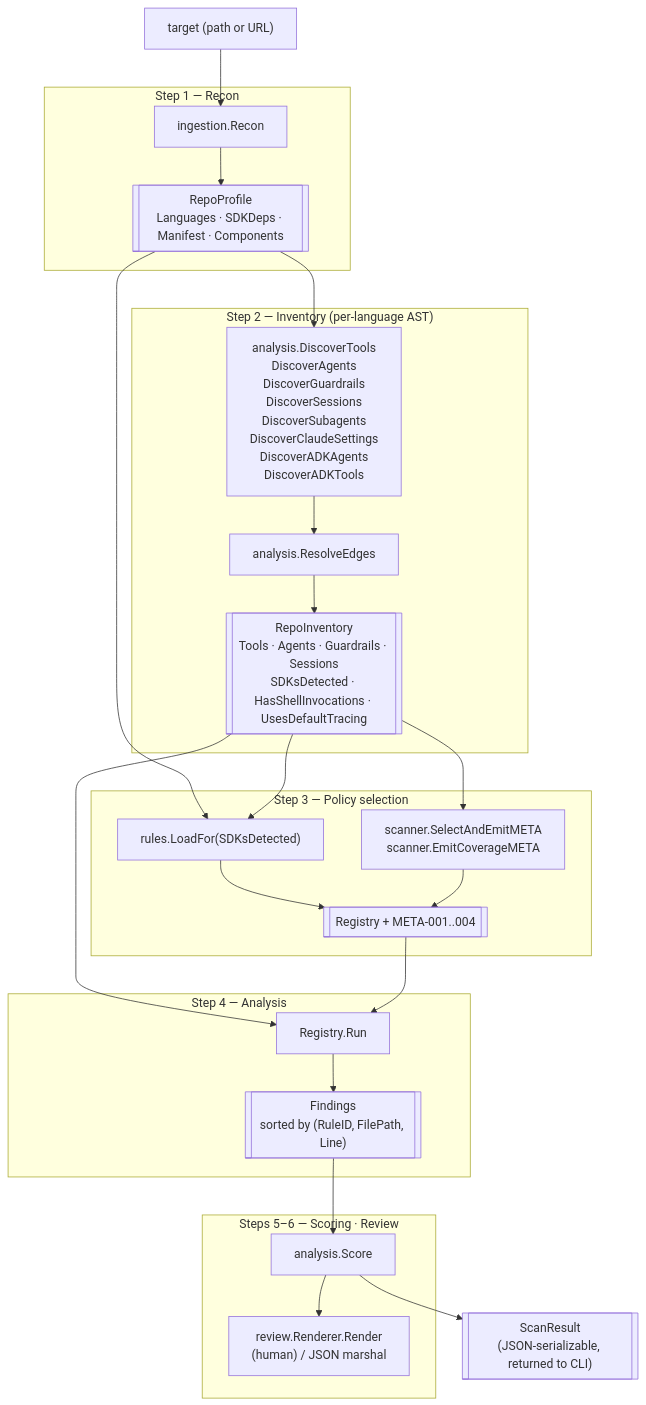
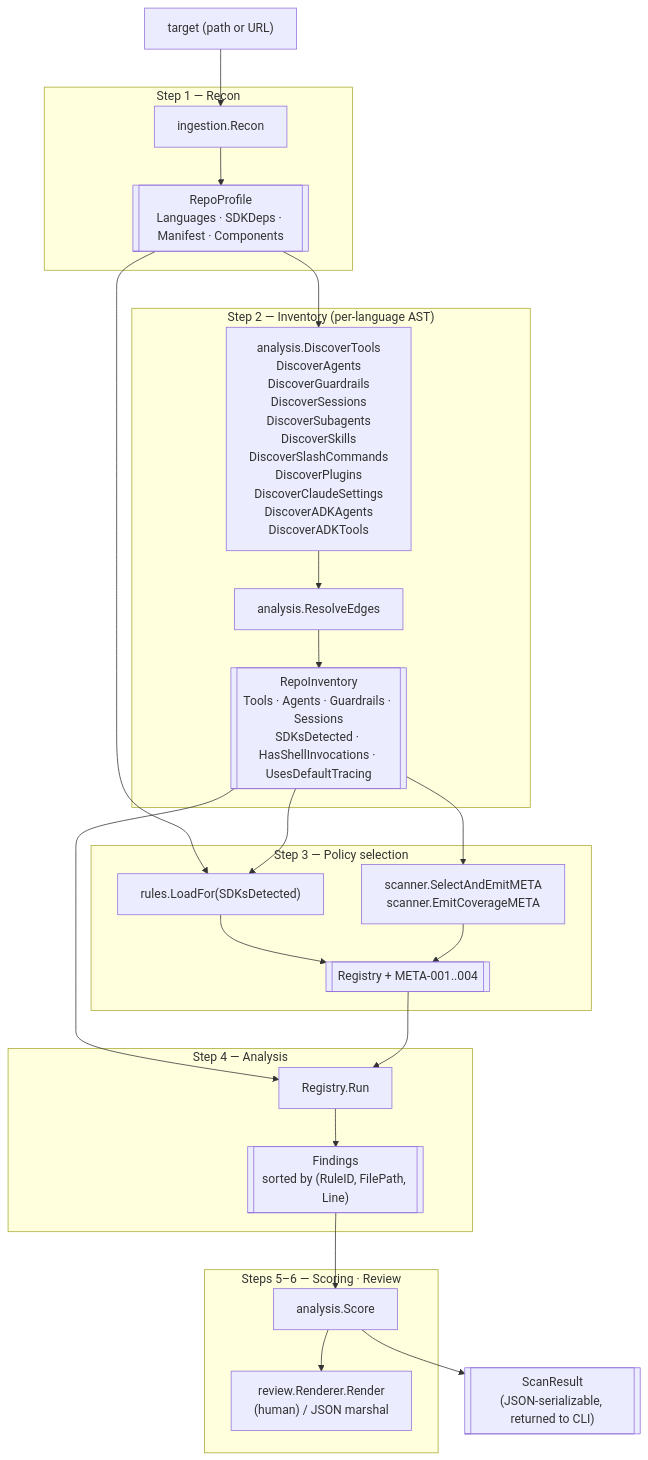
One commit to trustabl/trustabl changed the first of 4 diagrams in ARCHITECTURE.md. Above: the diagram before and after it, drawn with Mermaid. The commit also changed other lines of this file and 2 other files, not shown here.

````diff
--- a/ARCHITECTURE.md
+++ b/ARCHITECTURE.md
@@ -118,49 +118,49 @@
 ```mermaid
 flowchart TD
     target["target (path or URL)"]
 
     subgraph S1["Step 1 — Recon"]
         recon["ingestion.Recon"]
         profile[["RepoProfile<br/>Languages · SDKDeps · Manifest · Components"]]
         recon --> profile
     end
 
     subgraph S2["Step 2 — Inventory (per-language AST)"]
-        disc["analysis.DiscoverTools<br/>DiscoverAgents<br/>DiscoverGuardrails<br/>DiscoverSessions<br/>DiscoverSubagents<br/>DiscoverClaudeSettings<br/>DiscoverADKAgents<br/>DiscoverADKTools"]
+        disc["analysis.DiscoverTools<br/>DiscoverAgents<br/>DiscoverGuardrails<br/>DiscoverSessions<br/>DiscoverSubagents<br/>DiscoverSkills<br/>DiscoverSlashCommands<br/>DiscoverPlugins<br/>DiscoverClaudeSettings<br/>DiscoverADKAgents<br/>DiscoverADKTools"]
         edges["analysis.ResolveEdges"]
         inv[["RepoInventory<br/>Tools · Agents · Guardrails · Sessions<br/>SDKsDetected · HasShellInvocations · UsesDefaultTracing"]]
         disc --> edges --> inv
     end
 
     subgraph S3["Step 3 — Policy selection"]
         loadfor["rules.LoadFor(SDKsDetected)"]
         meta["scanner.SelectAndEmitMETA<br/>scanner.EmitCoverageMETA"]
         reg[["Registry + META-001..004"]]
         loadfor --> reg
         meta --> reg
     end
 
     subgraph S4["Step 4 — Analysis"]
         run["Registry.Run"]
         findings[["Findings<br/>sorted by (RuleID, FilePath, Line)"]]
         run --> findings
     end
 
     subgraph S56["Steps 5–6 — Scoring · Review"]
         score["analysis.Score"]
         render["review.Renderer.Render<br/>(human) / JSON marshal"]
         score --> render
     end
 
     result[["ScanResult<br/>(JSON-serializable, returned to CLI)"]]
 
     target --> recon
     profile --> disc
     profile --> loadfor
     inv --> loadfor
     inv --> meta
     inv --> run
     reg --> run
     findings --> score
     score --> result
 ```
````
